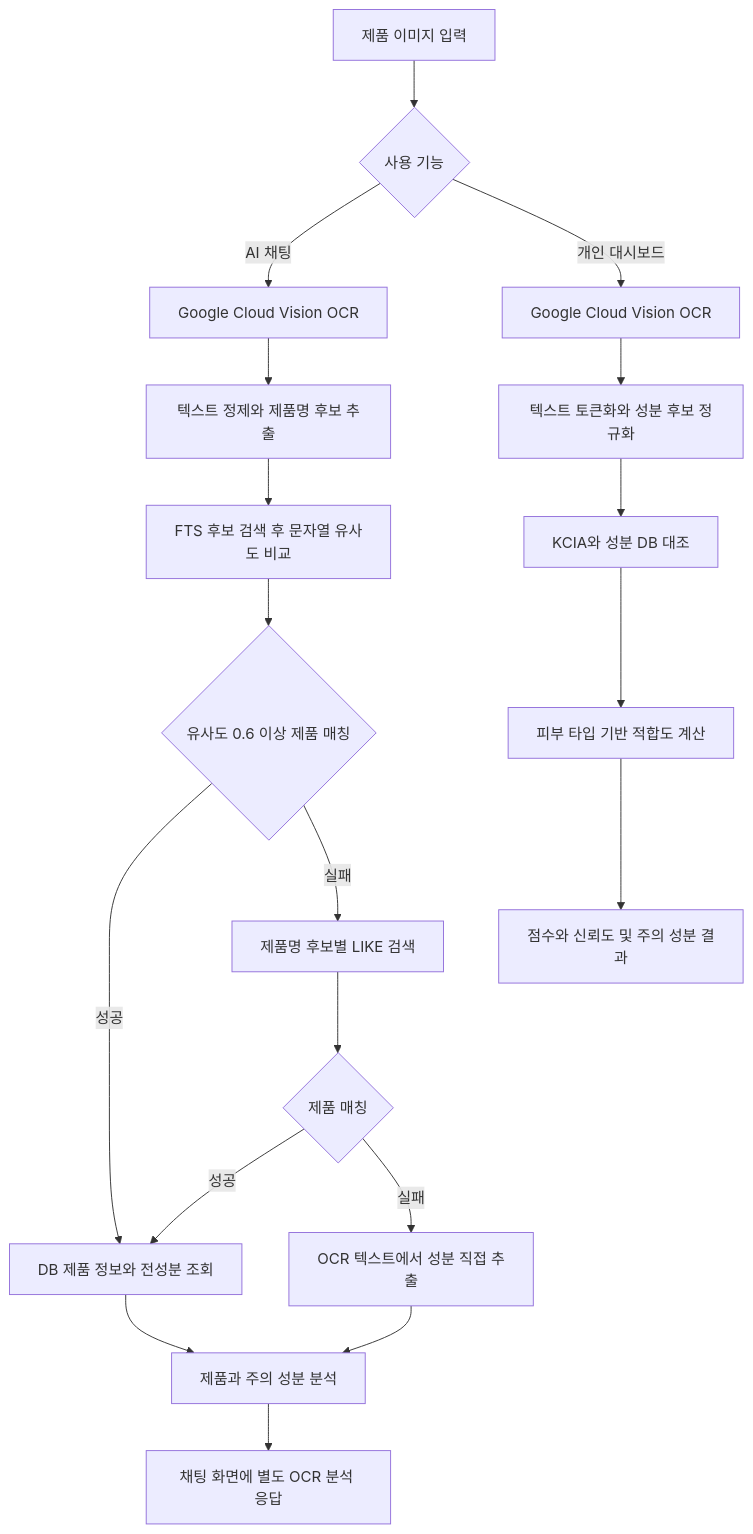
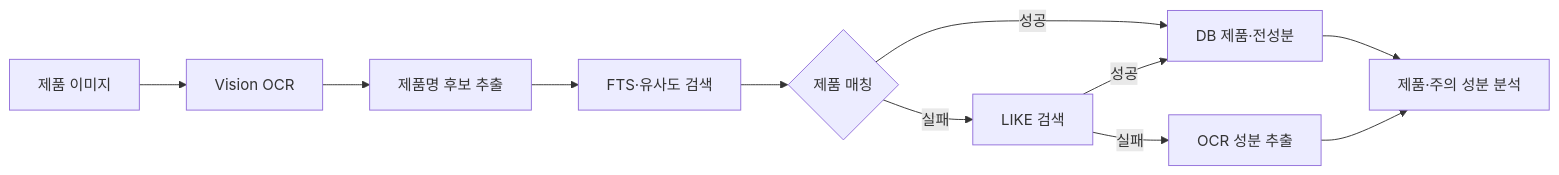
Before and after one commit to bhjin97/Team-Grow: the second of 4 diagrams in readme.md, drawn with Mermaid. The commit also changed other lines of this file, not shown here.

````diff
--- a/readme.md
+++ b/readme.md
@@ -135,21 +142,15 @@
 ```mermaid
-flowchart TD
-    A["제품 이미지 입력"] --> B{"사용 기능"}
-    B -->|"AI 채팅"| C["Google Cloud Vision OCR"]
-    C --> D["텍스트 정제와 제품명 후보 추출"]
-    D --> E["FTS 후보 검색 후 문자열 유사도 비교"]
-    E --> F{"유사도 0.6 이상 제품 매칭"}
-    F -->|"성공"| G["DB 제품 정보와 전성분 조회"]
-    F -->|"실패"| H["제품명 후보별 LIKE 검색"]
-    H --> I{"제품 매칭"}
-    I -->|"성공"| G
-    I -->|"실패"| J["OCR 텍스트에서 성분 직접 추출"]
-    G --> K["제품과 주의 성분 분석"]
-    J --> K
-    K --> L["채팅 화면에 별도 OCR 분석 응답"]
-    B -->|"개인 대시보드"| M["Google Cloud Vision OCR"]
-    M --> N["텍스트 토큰화와 성분 후보 정규화"]
-    N --> O["KCIA와 성분 DB 대조"]
-    O --> P["피부 타입 기반 적합도 계산"]
-    P --> Q["점수와 신뢰도 및 주의 성분 결과"]
+flowchart LR
+    A["제품 이미지"] --> B["Vision OCR"]
+    B --> C["제품명 후보 추출"]
+    C --> D["FTS·유사도 검색"]
+    D --> E{"제품 매칭"}
+
+    E -->|"성공"| F["DB 제품·전성분"]
+    E -->|"실패"| G["LIKE 검색"]
+    G -->|"성공"| F
+    G -->|"실패"| H["OCR 성분 추출"]
+
+    F --> I["제품·주의 성분 분석"]
+    H --> I
 ```
````
